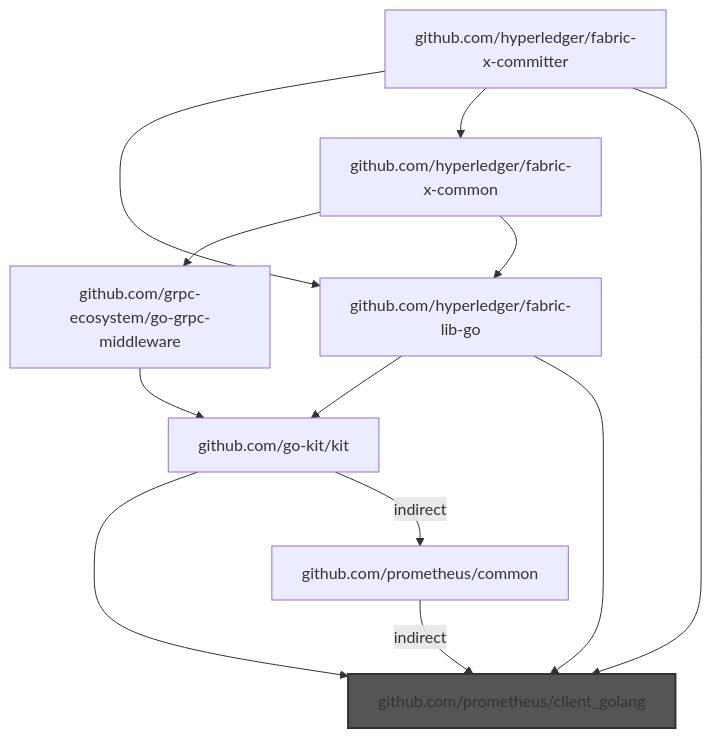
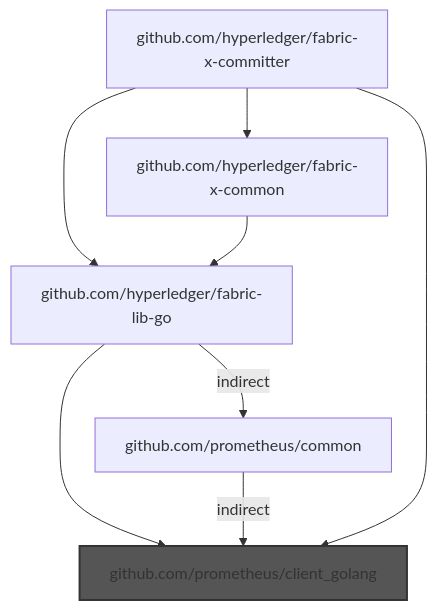
One commit to liran-funaro/fabric-x-committer changed diagram 13 of 18 in bad-imports-analysis.md. Above: the diagram before and after it, drawn with Mermaid. The commit also changed other lines of this file and 1 other file, not shown here.

````diff
--- a/bad-imports-analysis.md
+++ b/bad-imports-analysis.md
@@ -2126,15 +1329,11 @@
 ```mermaid
 graph TD
-    github.com/go-kit/kit --> github.com/prometheus/client_golang
-    github.com/go-kit/kit -->|indirect| github.com/prometheus/common
-    github.com/grpc-ecosystem/go-grpc-middleware --> github.com/go-kit/kit
-    github.com/hyperledger/fabric-lib-go --> github.com/go-kit/kit
     github.com/hyperledger/fabric-lib-go --> github.com/prometheus/client_golang
+    github.com/hyperledger/fabric-lib-go -->|indirect| github.com/prometheus/common
     github.com/hyperledger/fabric-x-committer --> github.com/hyperledger/fabric-lib-go
     github.com/hyperledger/fabric-x-committer --> github.com/hyperledger/fabric-x-common
     github.com/hyperledger/fabric-x-committer --> github.com/prometheus/client_golang
-    github.com/hyperledger/fabric-x-common --> github.com/grpc-ecosystem/go-grpc-middleware
     github.com/hyperledger/fabric-x-common --> github.com/hyperledger/fabric-lib-go
     github.com/prometheus/common -->|indirect| github.com/prometheus/client_golang
     style github.com/prometheus/client_golang fill:#555,stroke:#333,stroke-width:2px
 ```
````
